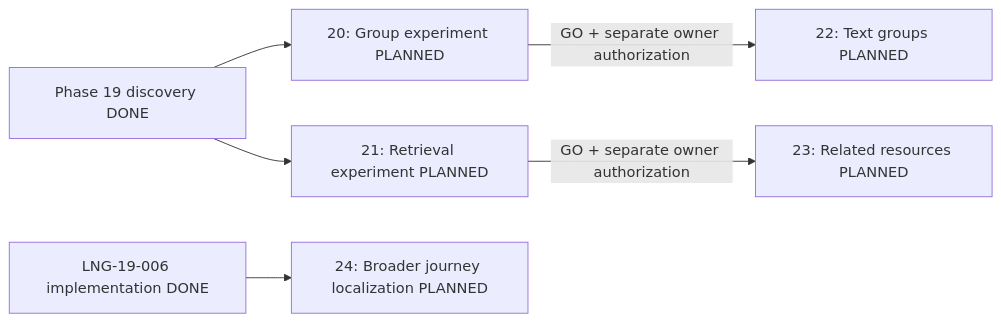
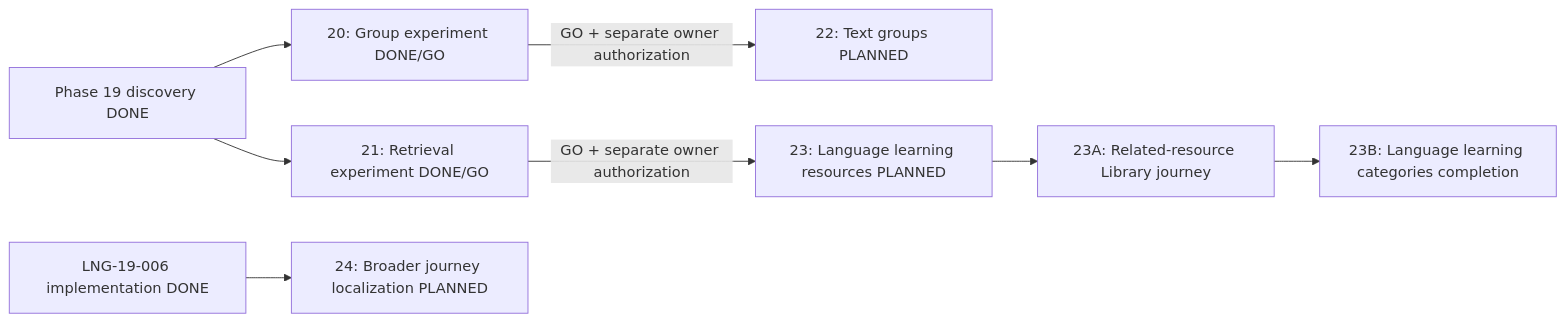
The diagram in docs/V2-ROADMAP.md (CongDongNgonNgu/CongDongNgonNgu-Workspace), drawn with Mermaid before and after one commit. The commit also changed other lines of this file and 4 other files, not shown here.

First line of the commit message:
docs(roadmap): add Phase 23 Language Hub completion

````diff
--- a/docs/V2-ROADMAP.md
+++ b/docs/V2-ROADMAP.md
@@ -66,8 +65,10 @@
 ```mermaid
 flowchart LR
-  P19[Phase 19 discovery DONE] --> P20[20: Group experiment PLANNED]
-  P19 --> P21[21: Retrieval experiment PLANNED]
+  P19[Phase 19 discovery DONE] --> P20[20: Group experiment DONE/GO]
+  P19 --> P21[21: Retrieval experiment DONE/GO]
   P20 -->|GO + separate owner authorization| P22[22: Text groups PLANNED]
-  P21 -->|GO + separate owner authorization| P23[23: Related resources PLANNED]
+  P21 -->|GO + separate owner authorization| P23[23: Language learning resources PLANNED]
+  P23 --> P23A[23A: Related-resource Library journey]
+  P23A --> P23B[23B: Language learning categories completion]
   L006[LNG-19-006 implementation DONE] --> P24[24: Broader journey localization PLANNED]
 ```
````
